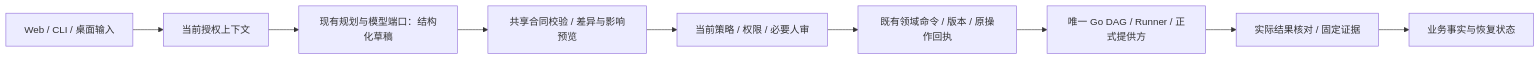
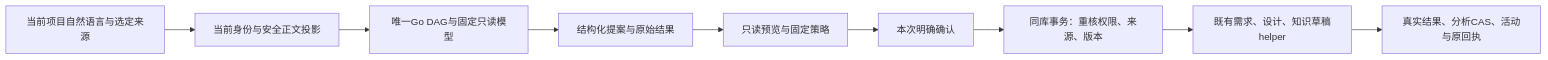
One commit to ai-mada/suma changed the diagram in docs/architecture/intelligent-operations.md. Above: the diagram before and after it, drawn with Mermaid. The commit also changed other lines of this file and 77 other files, not shown here.

````diff
--- a/docs/architecture/intelligent-operations.md
+++ b/docs/architecture/intelligent-operations.md
@@ -9,11 +9,11 @@
 ```mermaid
 flowchart LR
-  U[Web / CLI / 桌面输入] --> C[当前授权上下文]
-  C --> P[现有规划与模型端口：结构化草稿]
-  P --> V[共享合同校验 / 差异与影响预览]
-  V --> A[当前策略 / 权限 / 必要人审]
-  A --> D[既有领域命令 / 版本 / 原操作回执]
-  D --> G[唯一 Go DAG / Runner / 正式提供方]
-  G --> E[实际结果核对 / 固定证据]
-  E --> R[业务事实与恢复状态]
+  U[当前项目自然语言与选定来源] --> C[当前身份与安全正文投影]
+  C --> G[唯一Go DAG与固定只读模型]
+  G --> P[结构化提案与原始结果]
+  P --> V[只读预览与固定策略]
+  V --> H[本次明确确认]
+  H --> T[同库事务：重核权限、来源、版本]
+  T --> D[既有需求、设计、知识草稿helper]
+  D --> R[真实结果、分析CAS、活动与原回执]
 ```
````
